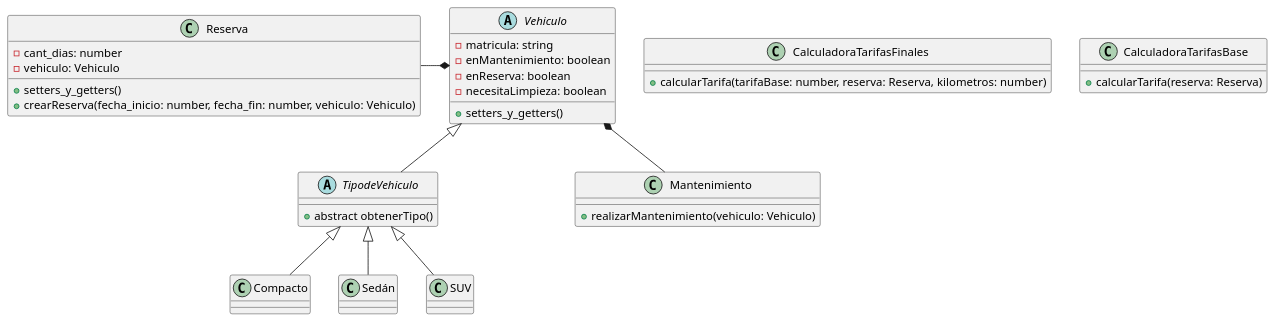
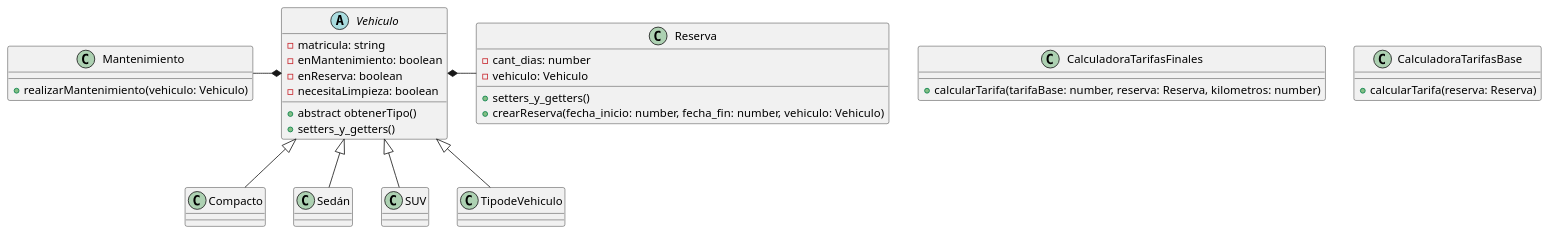
Before and after one commit to AlejoSuarez-37/Trabajo-Practico-Grupo16: the diagram in diagramas/clases.puml, drawn with PlantUML. The commit also changed 1 other file, not shown here.

```diff
--- a/diagramas/clases.puml
+++ b/diagramas/clases.puml
@@ -1,66 +1,53 @@
 @startuml Diagrama de clases
 
 abstract class Vehiculo {
     - matricula: string
     - enMantenimiento: boolean
     - enReserva: boolean
     - necesitaLimpieza: boolean
 
+    + abstract obtenerTipo()
     + setters_y_getters()
 }
 
 class CalculadoraTarifasFinales {
     + calcularTarifa(tarifaBase: number, reserva: Reserva, kilometros: number)
 }
 
 class CalculadoraTarifasBase {
     + calcularTarifa(reserva: Reserva)
 }
 
 class Reserva {
     - cant_dias: number
     - vehiculo: Vehiculo
 
     + setters_y_getters()
     + crearReserva(fecha_inicio: number, fecha_fin: number, vehiculo: Vehiculo)
 }
 
 class Mantenimiento {
     + realizarMantenimiento(vehiculo: Vehiculo)
 }
 
-abstract class TipodeVehiculo {
-    + abstract obtenerTipo()
-}
-
 class Compacto {
 
 }
 class Sedán {
 
 }
 class SUV {
 
 }
 
 ' Relaciones
 
-Vehiculo *-d- Mantenimiento
-Vehiculo *-l- Reserva
+Vehiculo *-l- Mantenimiento
+Vehiculo *-r- Reserva
 Vehiculo <|-d- TipodeVehiculo
 
-
-TipodeVehiculo <|-- Compacto
-TipodeVehiculo <|-- Sedán
-TipodeVehiculo <|-- SUV
-
-' Notas
-
-note right of TipodeVehiculo::obtenerValor
-    'devuelve un valor de tipo string
-    return string
-end note
-
-
+Vehiculo <|-- Compacto
+Vehiculo <|-- Sedán
+Vehiculo <|-- SUV
 
 @enduml
```
